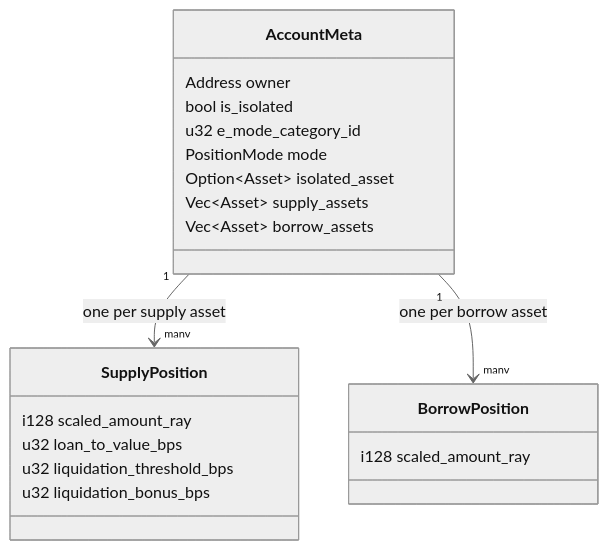
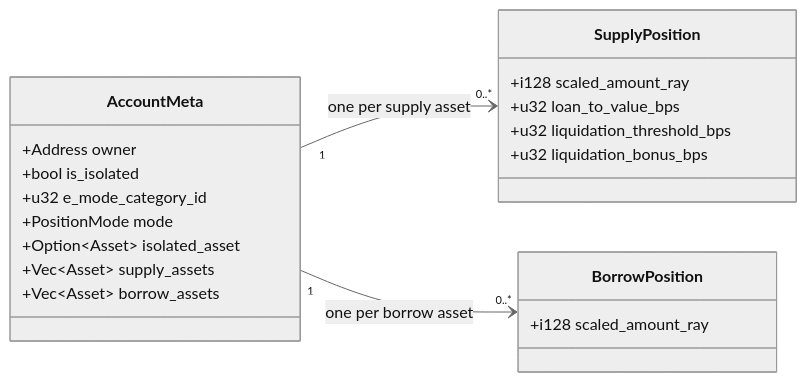
One commit to XOXNO/rs-lending-xlm changed the eighth of 9 diagrams in architecture/ARCHITECTURE.md. Above: the diagram before and after it, drawn with Mermaid (neutral theme). The commit also changed other lines of this file and 118 other files, not shown here.

````diff
--- a/architecture/ARCHITECTURE.md
+++ b/architecture/ARCHITECTURE.md
@@ -327,23 +308,28 @@
 ```mermaid
 classDiagram
+    direction LR
+
     class AccountMeta {
-        Address owner
-        bool is_isolated
-        u32 e_mode_category_id
-        PositionMode mode
-        Option~Asset~ isolated_asset
-        Vec~Asset~ supply_assets
-        Vec~Asset~ borrow_assets
+        +Address owner
+        +bool is_isolated
+        +u32 e_mode_category_id
+        +PositionMode mode
+        +Option~Asset~ isolated_asset
+        +Vec~Asset~ supply_assets
+        +Vec~Asset~ borrow_assets
     }
+
     class SupplyPosition {
-        i128 scaled_amount_ray
-        u32 loan_to_value_bps
-        u32 liquidation_threshold_bps
-        u32 liquidation_bonus_bps
+        +i128 scaled_amount_ray
+        +u32 loan_to_value_bps
+        +u32 liquidation_threshold_bps
+        +u32 liquidation_bonus_bps
     }
+
     class BorrowPosition {
-        i128 scaled_amount_ray
+        +i128 scaled_amount_ray
     }
-    AccountMeta "1" --> "many" SupplyPosition : one per supply asset
-    AccountMeta "1" --> "many" BorrowPosition : one per borrow asset
+
+    AccountMeta "1" --> "0..*" SupplyPosition : one per supply asset
+    AccountMeta "1" --> "0..*" BorrowPosition : one per borrow asset
 ```
````
